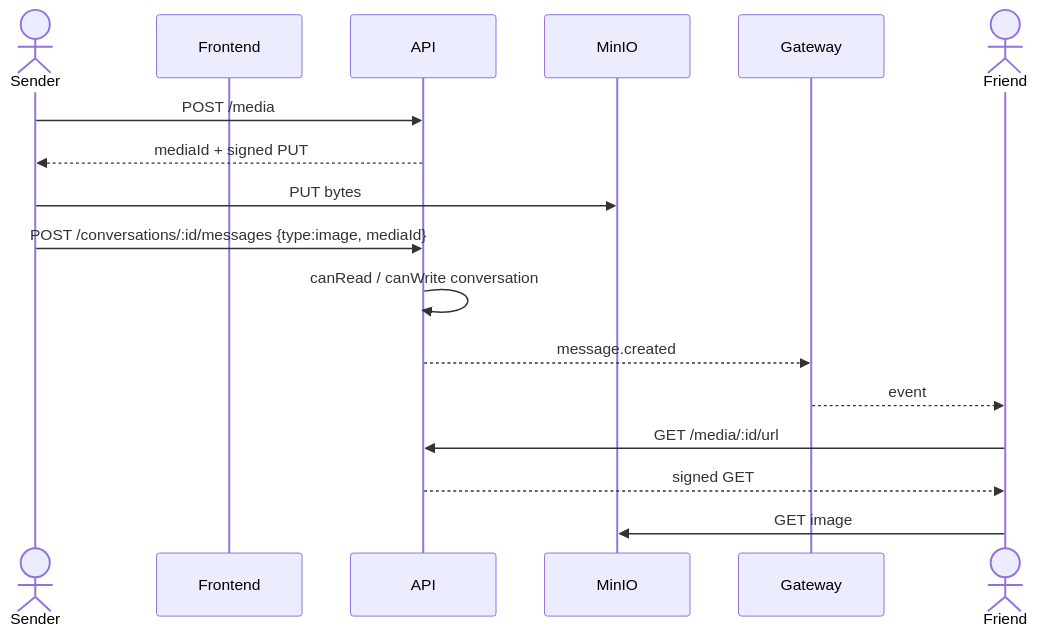
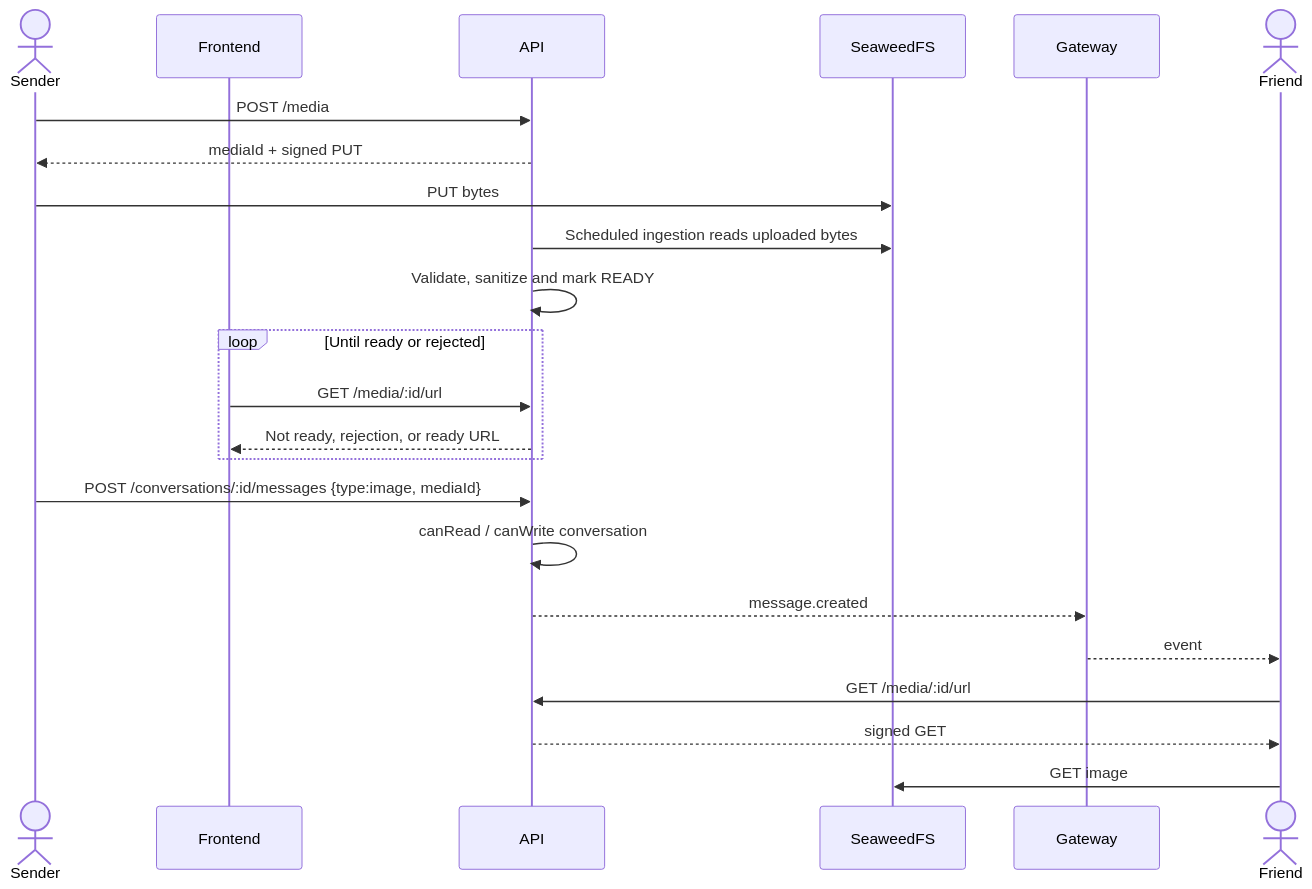
The fourth of 5 diagrams in 60-UML-diagrams/03-Sequence.md (Projet-de-compensation-2025-2026/gym-buddy-documentation), drawn with Mermaid before and after one commit. The commit also changed 85 other files, not shown here.

````diff
--- a/60-UML-diagrams/03-Sequence.md
+++ b/60-UML-diagrams/03-Sequence.md
@@ -79,20 +79,26 @@
 ```mermaid
 sequenceDiagram
   actor A as Sender
   participant FE as Frontend
   participant API as API
-  participant S3 as MinIO
+  participant S3 as SeaweedFS
   participant WS as Gateway
   actor B as Friend
 
   A->>API: POST /media
   API-->>A: mediaId + signed PUT
   A->>S3: PUT bytes
+  API->>S3: Scheduled ingestion reads uploaded bytes
+  API->>API: Validate, sanitize and mark READY
+  loop Until ready or rejected
+    FE->>API: GET /media/:id/url
+    API-->>FE: Not ready, rejection, or ready URL
+  end
   A->>API: POST /conversations/:id/messages {type:image, mediaId}
   API->>API: canRead / canWrite conversation
   API-->>WS: message.created
   WS-->>B: event
   B->>API: GET /media/:id/url
   API-->>B: signed GET
   B->>S3: GET image
 ```
````
